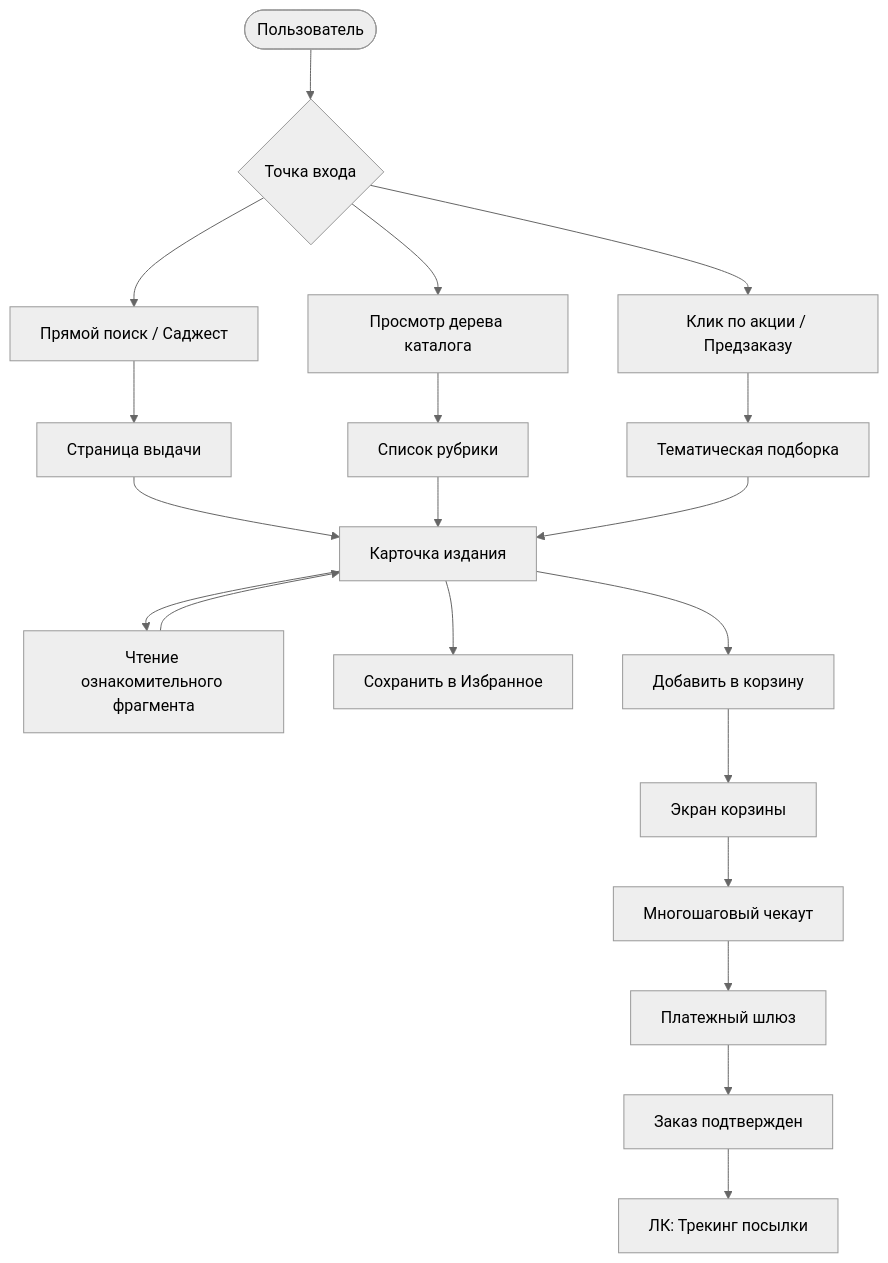
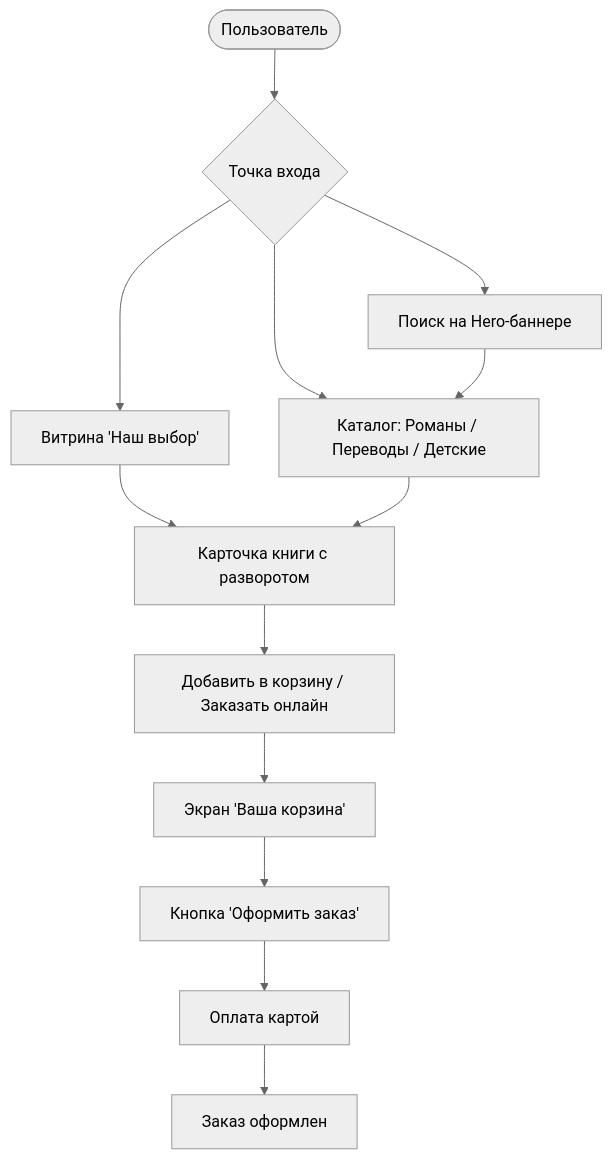
Before and after one commit to fpmi-hci-2026/Litera: the fourth of 5 diagrams in docs/lab2.md, drawn with Mermaid (neutral theme). The commit also changed other lines of this file, not shown here.

````diff
--- a/docs/lab2.md
+++ b/docs/lab2.md
@@ -187,26 +184,17 @@
 ```mermaid
 graph TD
     User([Пользователь]) --> EntryPoint{Точка входа}
-    EntryPoint --> DirectSearch[Прямой поиск / Саджест]
-    EntryPoint --> CatalogBrowse[Просмотр дерева каталога]
-    EntryPoint --> PromoClick[Клик по акции / Предзаказу]
+    EntryPoint --> DirectSearch[Поиск на Hero-баннере]
+    EntryPoint --> CatalogBrowse[Каталог: Романы / Переводы / Детские]
+    EntryPoint --> PromoClick[Витрина 'Наш выбор']
 
-    DirectSearch --> SearchResults[Страница выдачи]
-    CatalogBrowse --> CategoryList[Список рубрики]
-    PromoClick --> LandingPage[Тематическая подборка]
+    DirectSearch --> CatalogBrowse
+    PromoClick --> BookPage[Карточка книги с разворотом]
+    CatalogBrowse --> BookPage
 
-    SearchResults --> CardView[Карточка издания]
-    CategoryList --> CardView
-    LandingPage --> CardView
-
-    CardView --> FragRead[Чтение ознакомительного фрагмента]
-    FragRead --> CardView
-    CardView --> AddWish[Сохранить в Избранное]
-    CardView --> AddCart[Добавить в корзину]
-
-    AddCart --> CartView[Экран корзины]
-    CartView --> CheckoutFlow[Многошаговый чекаут]
-    CheckoutFlow --> PaymentGateway[Платежный шлюз]
-    PaymentGateway --> SuccessOrder[Заказ подтвержден]
-    SuccessOrder --> OrderTrack[ЛК: Трекинг посылки]
+    BookPage --> CartAdd[Добавить в корзину / Заказать онлайн]
+    CartAdd --> CartView[Экран 'Ваша корзина']
+    CartView --> CheckoutFlow[Кнопка 'Оформить заказ']
+    CheckoutFlow --> PaymentGateway[Оплата картой]
+    PaymentGateway --> SuccessOrder[Заказ оформлен]
 ```
````
